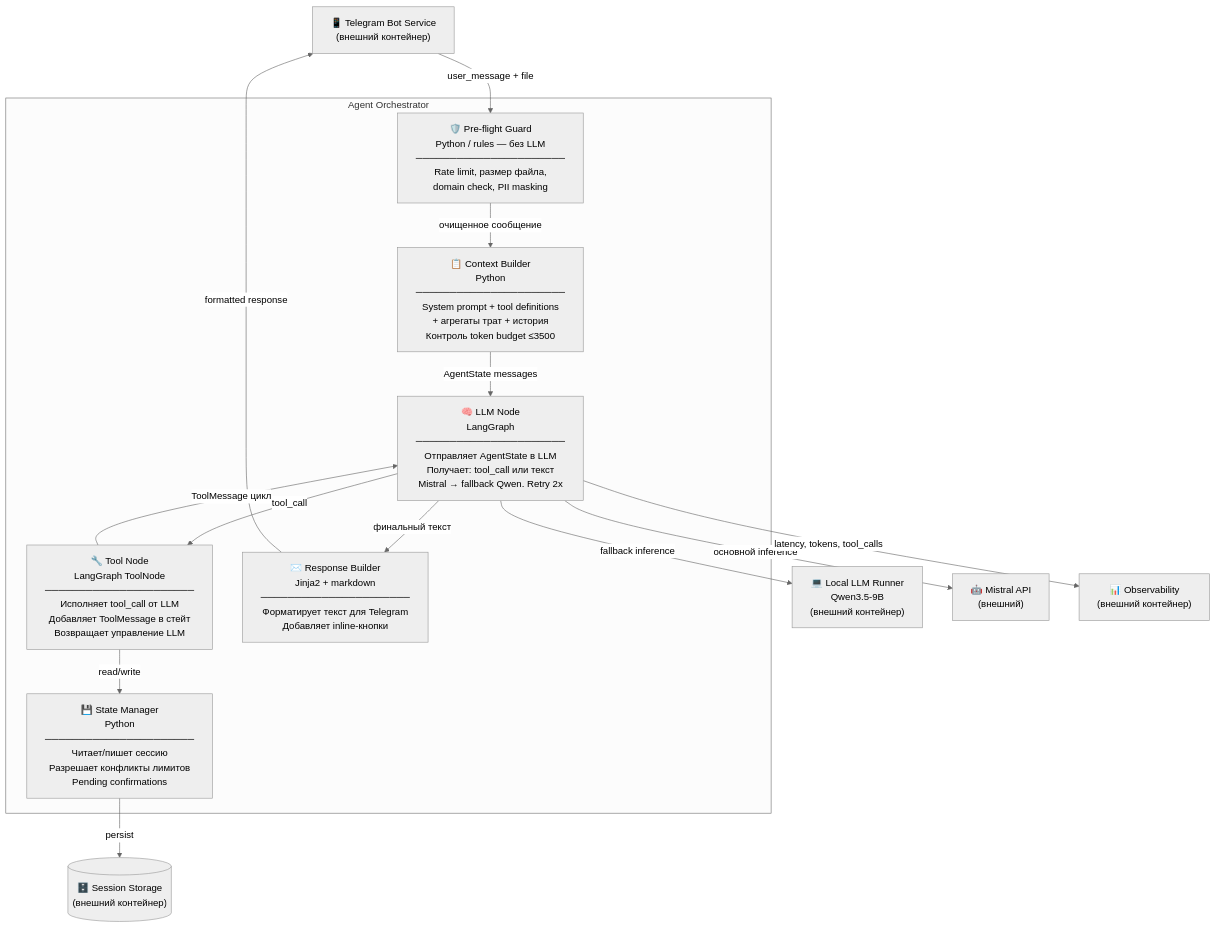
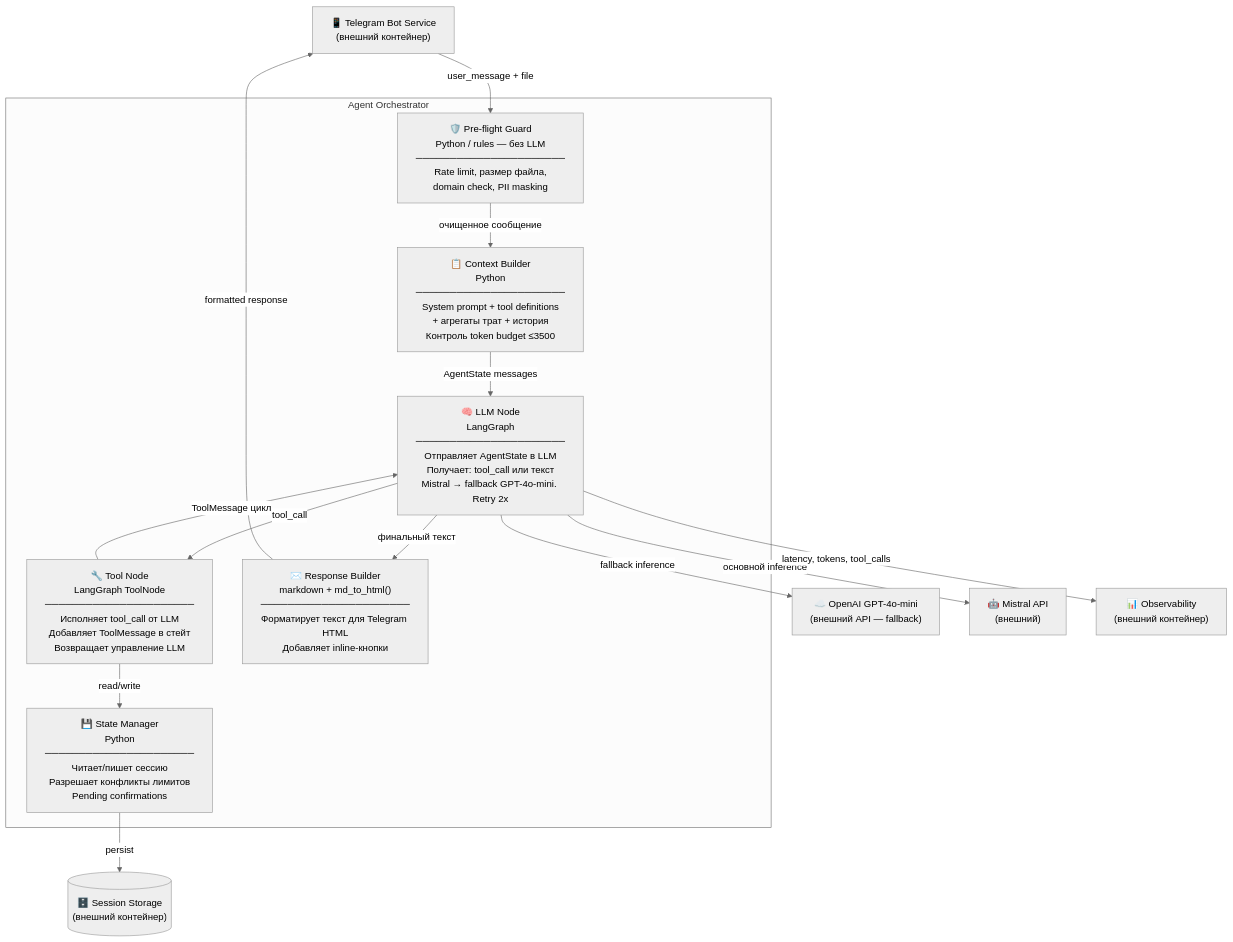
Before and after one commit to lveltman/personal-finance-assistant: the diagram in docs/diagrams/c4-component.md, drawn with Mermaid (neutral theme). The commit also changed other lines of this file and 28 other files, not shown here.

````diff
--- a/docs/diagrams/c4-component.md
+++ b/docs/diagrams/c4-component.md
@@ -5,35 +5,35 @@
 ```mermaid
 flowchart TB
     Bot["📱 Telegram Bot Service\n(внешний контейнер)"]
-    LocalLLM["💻 Local LLM Runner\nQwen3.5-9B\n(внешний контейнер)"]
+    FallbackLLM["☁️ OpenAI GPT-4o-mini\n(внешний API — fallback)"]
     MistralAPI["🤖 Mistral API\n(внешний)"]
     Storage[("🗄️ Session Storage\n(внешний контейнер)")]
     Obs["📊 Observability\n(внешний контейнер)"]
 
     subgraph Orch["Agent Orchestrator"]
         Guard["🛡️ Pre-flight Guard\nPython / rules — без LLM\n──────────────────────\nRate limit, размер файла,\ndomain check, PII masking"]
 
         CtxBuilder["📋 Context Builder\nPython\n──────────────────────\nSystem prompt + tool definitions\n+ агрегаты трат + история\nКонтроль token budget ≤3500"]
 
-        LLMNode["🧠 LLM Node\nLangGraph\n──────────────────────\nОтправляет AgentState в LLM\nПолучает: tool_call или текст\nMistral → fallback Qwen. Retry 2x"]
+        LLMNode["🧠 LLM Node\nLangGraph\n──────────────────────\nОтправляет AgentState в LLM\nПолучает: tool_call или текст\nMistral → fallback GPT-4o-mini. Retry 2x"]
 
         ToolNode["🔧 Tool Node\nLangGraph ToolNode\n──────────────────────\nИсполняет tool_call от LLM\nДобавляет ToolMessage в стейт\nВозвращает управление LLM"]
 
         StateMgr["💾 State Manager\nPython\n──────────────────────\nЧитает/пишет сессию\nРазрешает конфликты лимитов\nPending confirmations"]
 
-        RespBuilder["✉️ Response Builder\nJinja2 + markdown\n──────────────────────\nФорматирует текст для Telegram\nДобавляет inline-кнопки"]
+        RespBuilder["✉️ Response Builder\nmarkdown + md_to_html()\n──────────────────────\nФорматирует текст для Telegram HTML\nДобавляет inline-кнопки"]
     end
 
     Bot -->|"user_message + file"| Guard
     Guard -->|"очищенное сообщение"| CtxBuilder
     CtxBuilder -->|"AgentState messages"| LLMNode
     LLMNode -->|"основной inference"| MistralAPI
-    LLMNode -->|"fallback inference"| LocalLLM
+    LLMNode -->|"fallback inference"| FallbackLLM
     LLMNode -->|"tool_call"| ToolNode
     ToolNode -->|"read/write"| StateMgr
     StateMgr -->|"persist"| Storage
     ToolNode -->|"ToolMessage цикл"| LLMNode
     LLMNode -->|"финальный текст"| RespBuilder
     RespBuilder -->|"formatted response"| Bot
     LLMNode -->|"latency, tokens, tool_calls"| Obs
 ```
````
